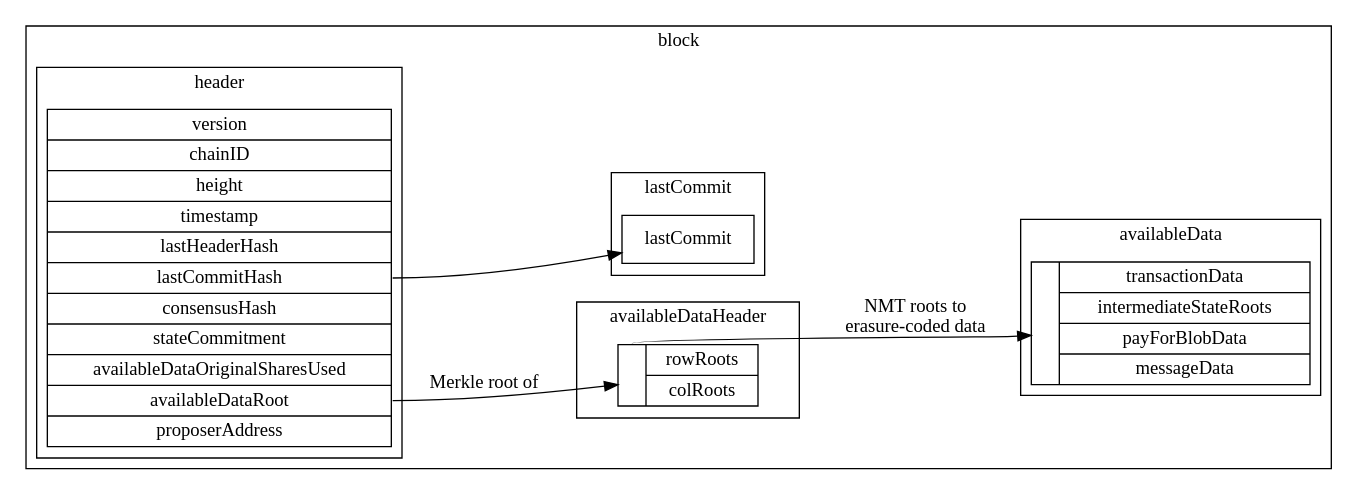
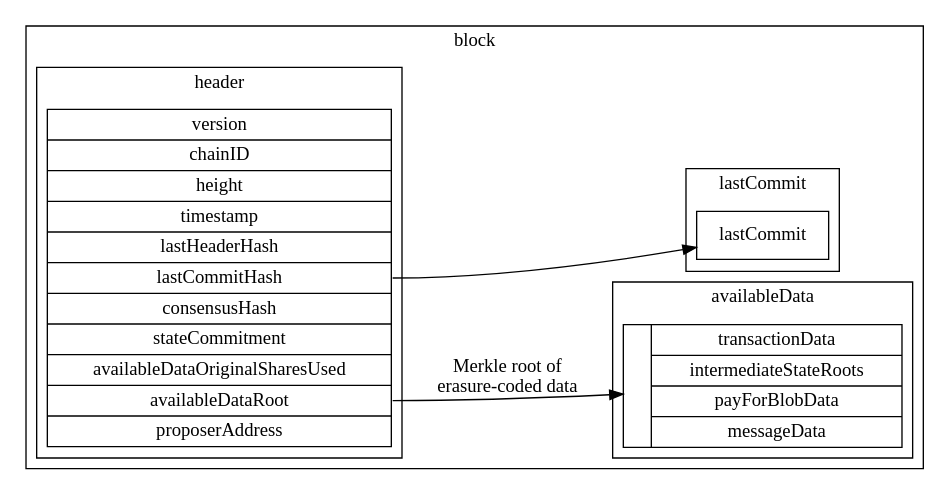
Before and after one commit to celestiaorg/celestia-app: the diagram in specs/src/figures/block_data_structures.dot, drawn with Graphviz. The commit also changed 3 other files, not shown here.

Commit message:
Remove availableDataHeader from Block specification

```diff
--- a/specs/src/figures/block_data_structures.dot
+++ b/specs/src/figures/block_data_structures.dot
@@ -1,36 +1,29 @@
 digraph G {
     rankdir = "LR";
     node [shape = record];
 
     subgraph cluster_block {
         label = "block";
-
-        subgraph cluster_availableheader {
-            label = "availableDataHeader";
-            struct4 [label = "{<f0> | { rowRoots | colRoots } }"];
-        }
 
         subgraph cluster_body {
             label = "availableData";
             struct3 [label = "{ | { transactionData | intermediateStateRoots | payForBlobData | messageData } }"];
         }
 
         subgraph cluster_lastcommit {
             label = "lastCommit";
             struct2 [label = "{lastCommit}"];
         }
 
         subgraph cluster_header {
             label = "header";
             struct1 [label = "version | chainID | height | timestamp | lastHeaderHash | <f5> lastCommitHash | consensusHash | stateCommitment | availableDataOriginalSharesUsed | <f9> availableDataRoot | proposerAddress"];
         }
     }
 
     struct1:f5 -> struct2;
-    struct1:f9 -> struct4 [label = "Merkle root of"];
-    struct4:f0 -> struct3 [label = "NMT roots to\nerasure-coded data"];
+    struct1:f9 -> struct3 [label = "Merkle root of\nerasure-coded data"];
 
     edge [style = invis];
     struct1 -> struct3;
-    struct1 -> struct4;
 }
```
